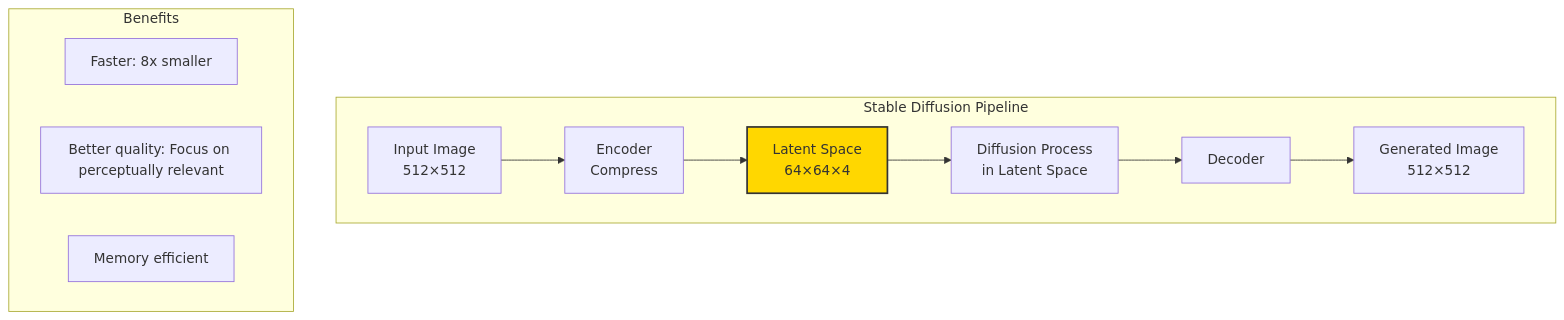
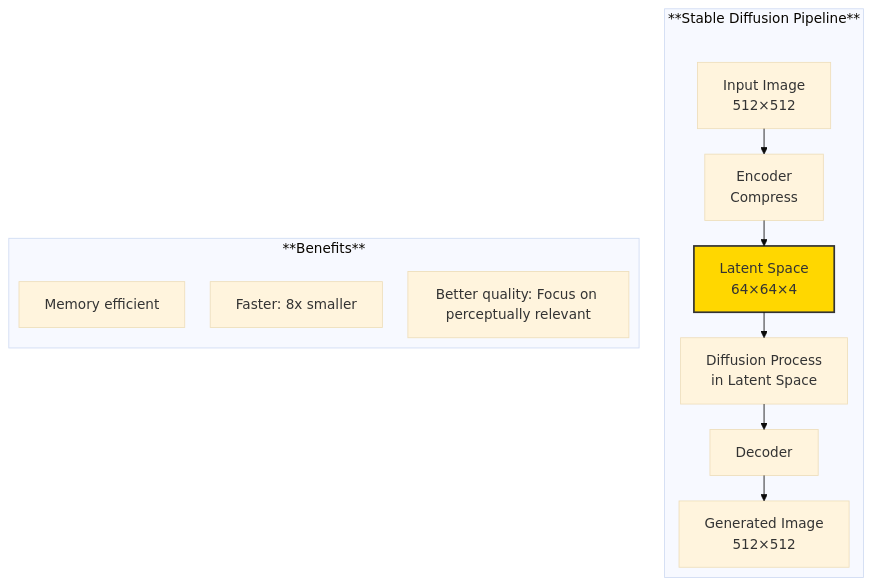
One commit to Vineet-Sharma-Medium-Stories/Medium-Build-Tool changed the fourth of 4 diagrams in The 2026 AI Metromap/The 2026 AI Metromap: Diffusion Models – The Scenic Route to Generative AI.md. Above: the diagram before and after it, drawn with Mermaid. The commit also changed other lines of this file and 37 other files, not shown here.

````diff
--- a/The 2026 AI Metromap/The 2026 AI Metromap: Diffusion Models – The Scenic Route to Generative AI.md
+++ b/The 2026 AI Metromap/The 2026 AI Metromap: Diffusion Models – The Scenic Route to Generative AI.md
@@ -492,18 +507,23 @@
 ```mermaid
+---
+config:
+  theme: base
+  layout: elk
+---
 graph TD
-    subgraph "Stable Diffusion Pipeline"
+    subgraph "**Stable Diffusion Pipeline**"
         I[Input Image<br/>512×512] --> E[Encoder<br/>Compress]
         E --> L[Latent Space<br/>64×64×4]
         L --> D2[Diffusion Process<br/>in Latent Space]
         D2 --> DEC[Decoder]
         DEC --> O[Generated Image<br/>512×512]
     end
     
-    subgraph "Benefits"
+    subgraph "**Benefits**"
         B1[Faster: 8x smaller]
         B2[Better quality: Focus on perceptually relevant]
         B3[Memory efficient]
     end
     
     style L fill:#ffd700,stroke:#333,stroke-width:2px
 ```
````
